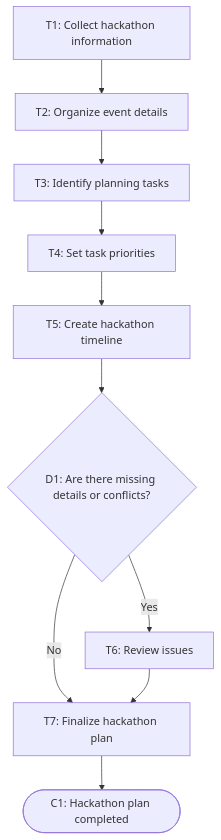
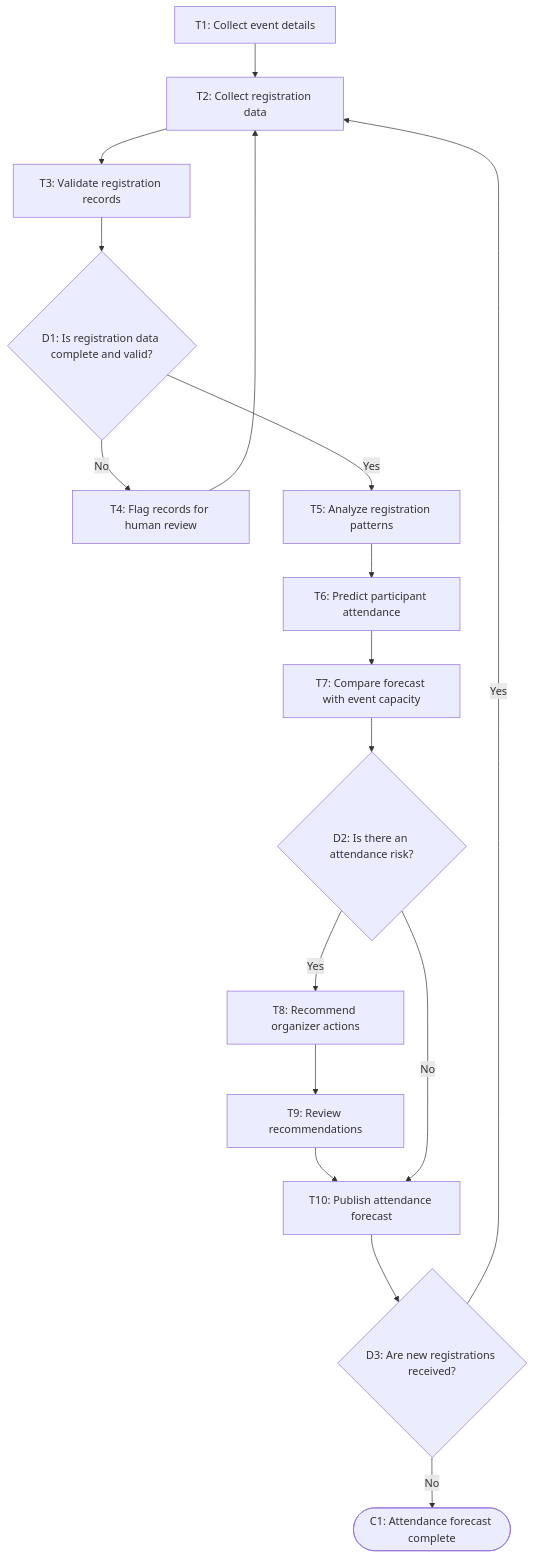
Before and after one commit to lualyssa-coder/BUS4498_InClass_Builds: the diagram in my_first_agent/agent/workflow-of-tasks.md, drawn with Mermaid. The commit also changed other lines of this file, not shown here.

````diff
--- a/my_first_agent/agent/workflow-of-tasks.md
+++ b/my_first_agent/agent/workflow-of-tasks.md
@@ -27,12 +29,23 @@
 ```mermaid
 flowchart TD
-    T1["T1: Collect hackathon information"] --> T2["T2: Organize event details"]
-    T2 --> T3["T3: Identify planning tasks"]
-    T3 --> T4["T4: Set task priorities"]
-    T4 --> T5["T5: Create hackathon timeline"]
-    T5 --> D1{"D1: Are there missing details or conflicts?"}
-    D1 -->|No| T7["T7: Finalize hackathon plan"]
-    D1 -->|Yes| T6["T6: Review issues"]
-    T6 --> T7
-    T7 --> C1([C1: Hackathon plan completed])
+    T1["T1: Collect event details"] --> T2["T2: Collect registration data"]
+    T2 --> T3["T3: Validate registration records"]
+    T3 --> D1{"D1: Is registration data complete and valid?"}
+    D1 -->|No| T4["T4: Flag records for human review"]
+    T4 --> T2
+
+    D1 -->|Yes| T5["T5: Analyze registration patterns"]
+    T5 --> T6["T6: Predict participant attendance"]
+    T6 --> T7["T7: Compare forecast with event capacity"]
+    T7 --> D2{"D2: Is there an attendance risk?"}
+
+    D2 -->|Yes| T8["T8: Recommend organizer actions"]
+    T8 --> T9["T9: Review recommendations"]
+    T9 --> T10["T10: Publish attendance forecast"]
+
+    D2 -->|No| T10
+
+    T10 --> D3{"D3: Are new registrations received?"}
+    D3 -->|Yes| T2
+    D3 -->|No| C1([C1: Attendance forecast complete])
 ```
````
